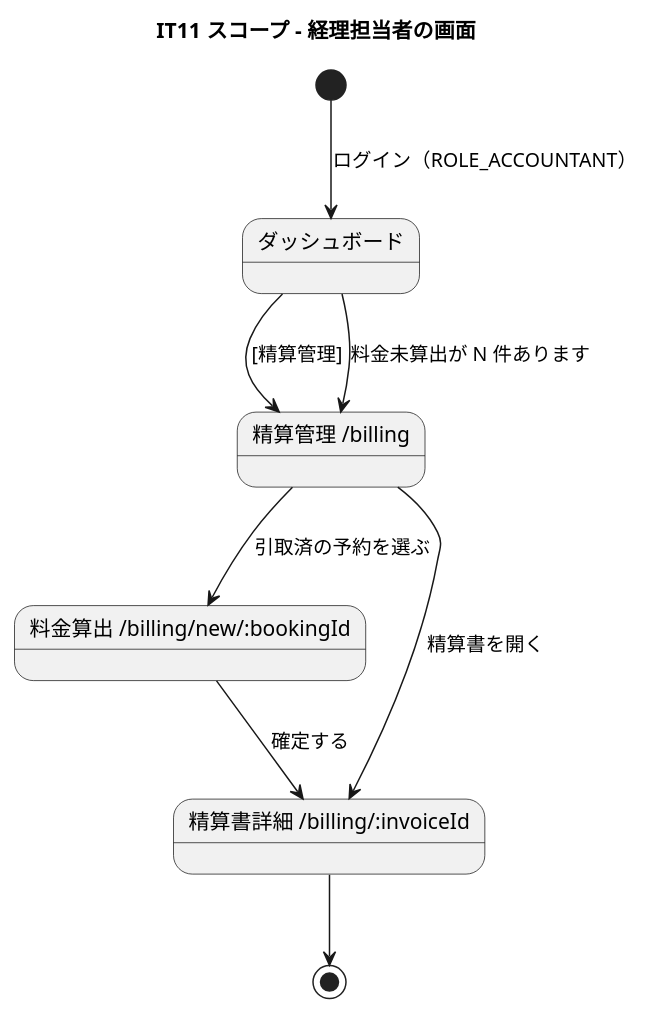
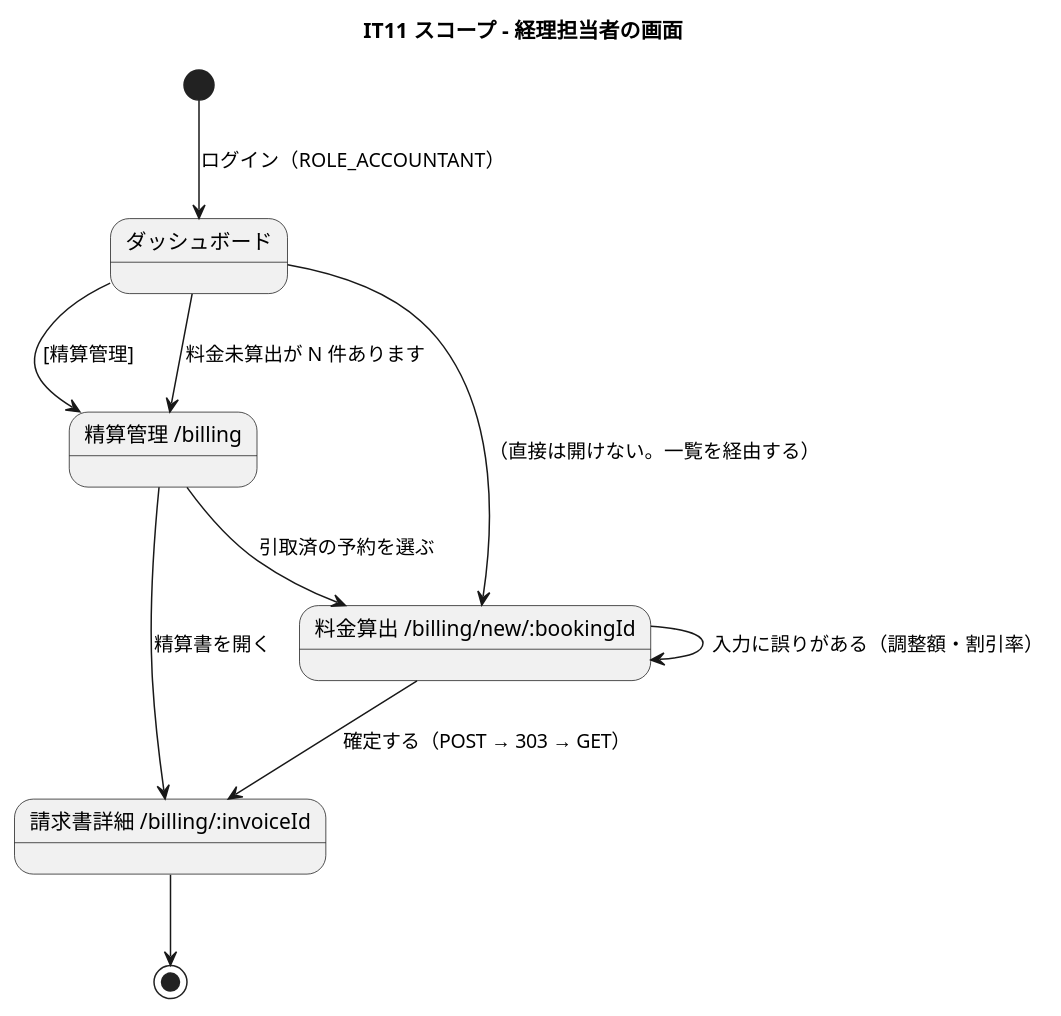
Before and after one commit to k2works/case-study-cargo-tracker: the fourth of 4 diagrams in docs/development/iteration_plan-11.md, drawn with PlantUML. The commit also changed other lines of this file, not shown here.

````diff
--- a/docs/development/iteration_plan-11.md
+++ b/docs/development/iteration_plan-11.md
@@ -215,19 +288,21 @@
 ```plantuml
 @startuml
 title IT11 スコープ - 経理担当者の画面
 
 state "ダッシュボード" as dash
 state "精算管理 /billing" as list
 state "料金算出 /billing/new/:bookingId" as calc
-state "精算書詳細 /billing/:invoiceId" as detail
+state "請求書詳細 /billing/:invoiceId" as detail
 
 [*] --> dash : ログイン（ROLE_ACCOUNTANT）
 dash --> list : [精算管理]
 dash --> list : 料金未算出が N 件あります
 list --> calc : 引取済の予約を選ぶ
-calc --> detail : 確定する
+calc --> calc : 入力に誤りがある（調整額・割引率）
+dash --> calc : （直接は開けない。一覧を経由する）
+calc --> detail : 確定する（POST → 303 → GET）
 list --> detail : 精算書を開く
 detail --> [*]
 
 @enduml
 ```
````
